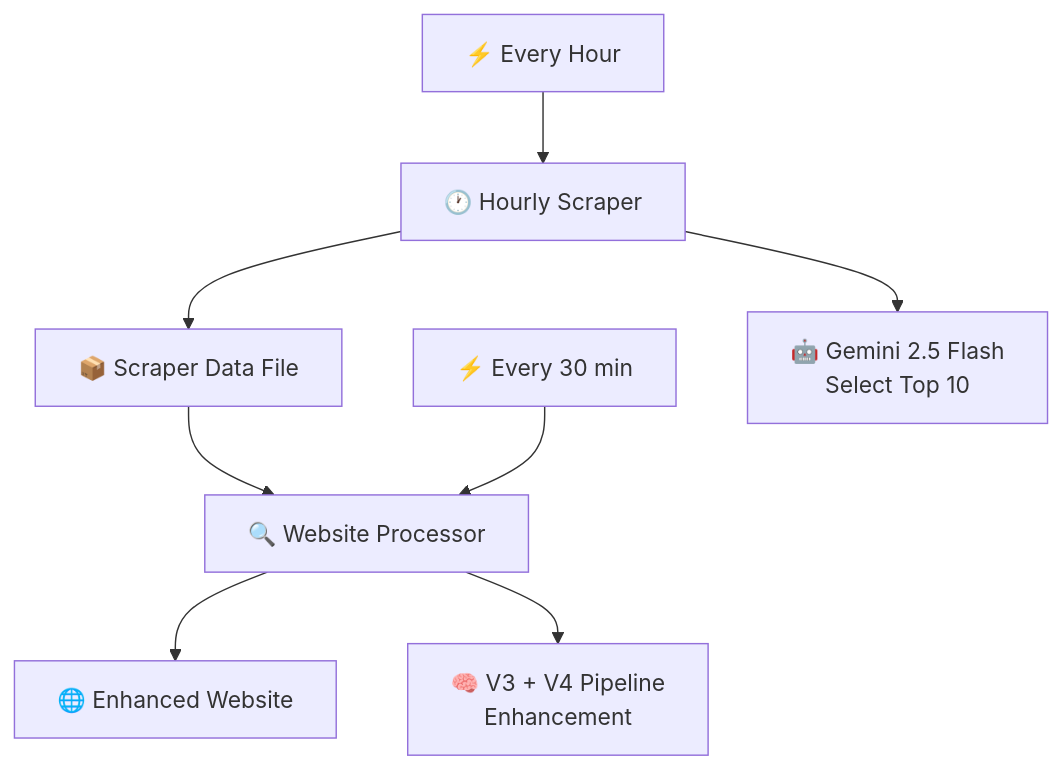
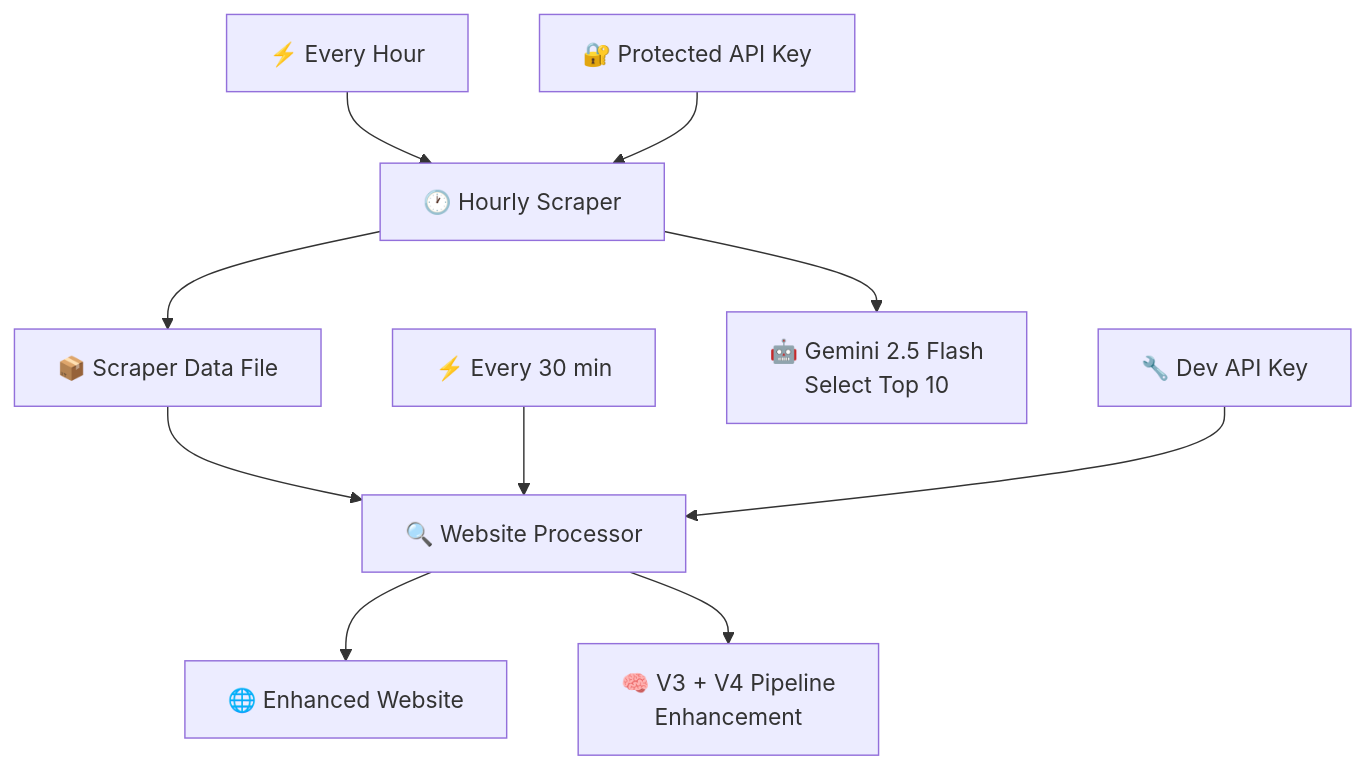
Before and after one commit to sonianand07/Better-French: the diagram in ai_engine_v5/README.md, drawn with Mermaid. The commit also changed other lines of this file and 4 other files, not shown here.

````diff
--- a/ai_engine_v5/README.md
+++ b/ai_engine_v5/README.md
@@ -19,12 +20,15 @@
 ```mermaid
 graph TD
     A[🕐 Hourly Scraper] --> B[📦 Scraper Data File]
     B --> C[🔍 Website Processor]
     C --> D[🌐 Enhanced Website]
     
     E[⚡ Every Hour] --> A
     F[⚡ Every 30 min] --> C
     
     A --> G[🤖 Gemini 2.5 Flash<br/>Select Top 10]
     C --> H[🧠 V3 + V4 Pipeline<br/>Enhancement]
+    
+    I[🔐 Protected API Key] --> A
+    J[🔧 Dev API Key] --> C
 ```
````
